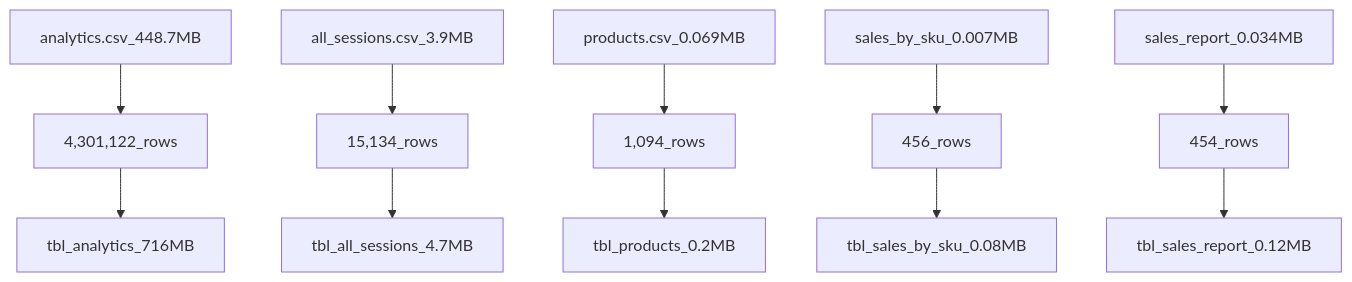
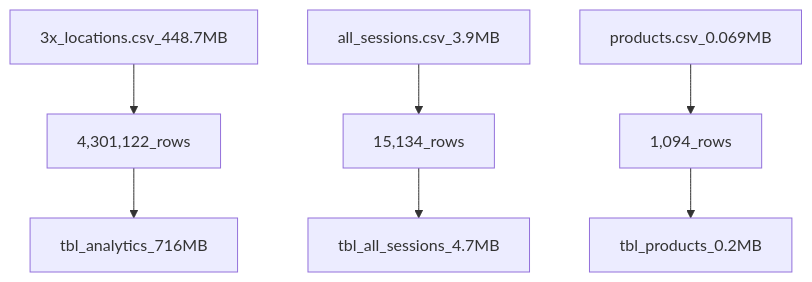
Before and after one commit to cboyda/LighthouseLabs: the diagram in Project-Capstone/README.md, drawn with Mermaid.

````diff
--- a/Project-Capstone/README.md
+++ b/Project-Capstone/README.md
@@ -9,8 +9,6 @@
 ```mermaid
 graph TD;
-    analytics.csv_448.7MB-->4,301,122_rows-->tbl_analytics_716MB;
+    3x_locations.csv_448.7MB-->4,301,122_rows-->tbl_analytics_716MB;
     all_sessions.csv_3.9MB-->15,134_rows-->tbl_all_sessions_4.7MB;
     products.csv_0.069MB-->1,094_rows-->tbl_products_0.2MB;
-    sales_by_sku_0.007MB-->456_rows-->tbl_sales_by_sku_0.08MB;
-    sales_report_0.034MB-->454_rows-->tbl_sales_report_0.12MB;
 ```
````
